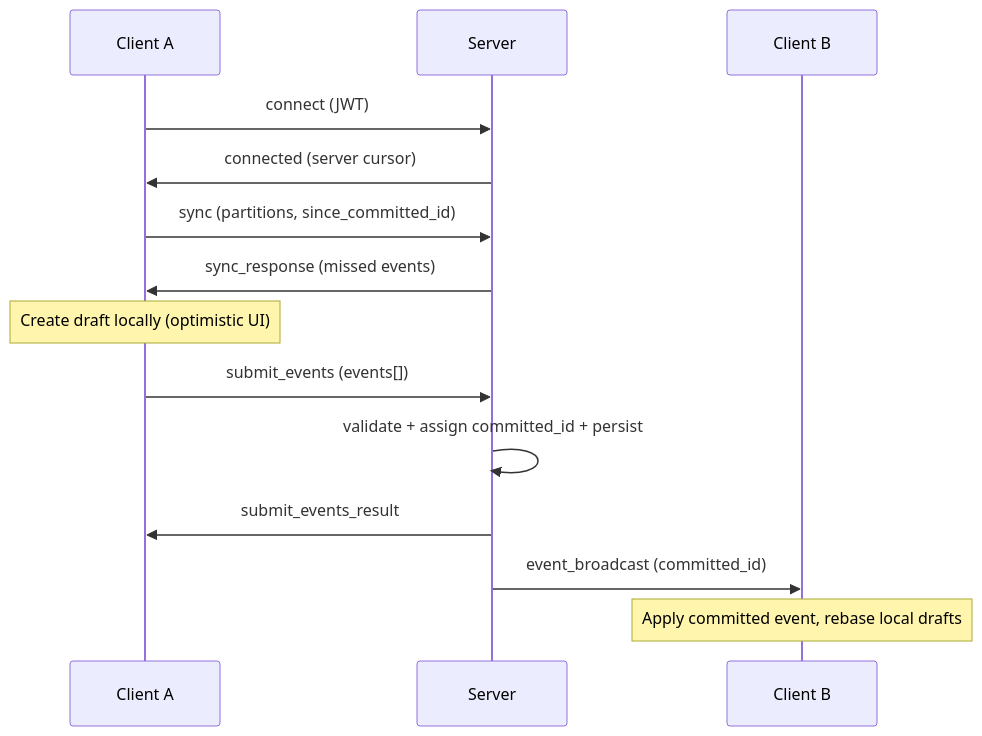
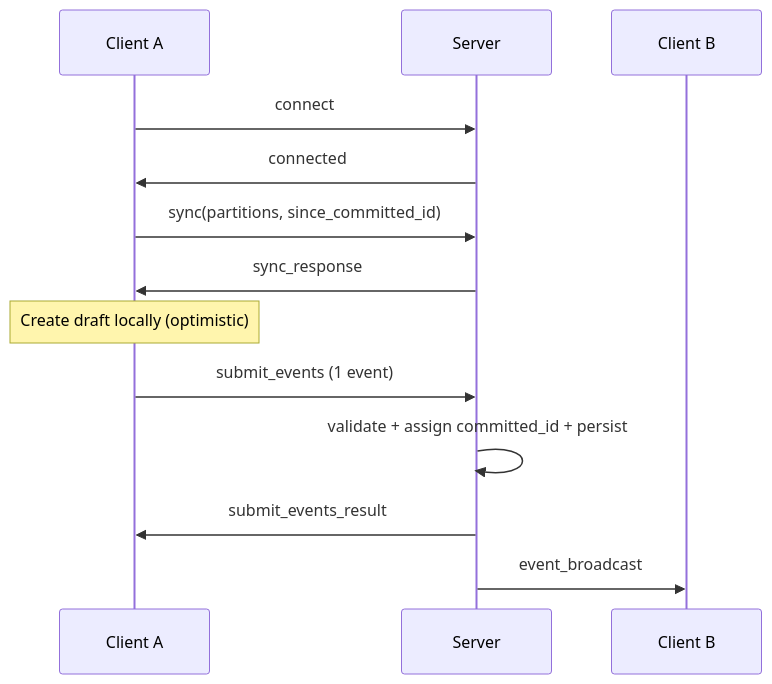
The diagram in docs/README.md (yuusoft-org/insieme), drawn with Mermaid before and after one commit. The commit also changed other lines of this file and 41 other files, not shown here.

````diff
--- a/docs/README.md
+++ b/docs/README.md
@@ -20,19 +16,17 @@
 ```mermaid
 sequenceDiagram
     participant C1 as Client A
     participant S as Server
     participant C2 as Client B
 
-    C1->>S: connect (JWT)
-    S->>C1: connected (server cursor)
-    C1->>S: sync (partitions, since_committed_id)
-    S->>C1: sync_response (missed events)
+    C1->>S: connect
+    S->>C1: connected
+    C1->>S: sync(partitions, since_committed_id)
+    S->>C1: sync_response
 
-    Note over C1: Create draft locally (optimistic UI)
-    C1->>S: submit_events (events[])
+    Note over C1: Create draft locally (optimistic)
+    C1->>S: submit_events (1 event)
     S->>S: validate + assign committed_id + persist
     S->>C1: submit_events_result
-    S->>C2: event_broadcast (committed_id)
-
-    Note over C2: Apply committed event, rebase local drafts
+    S->>C2: event_broadcast
 ```
````
